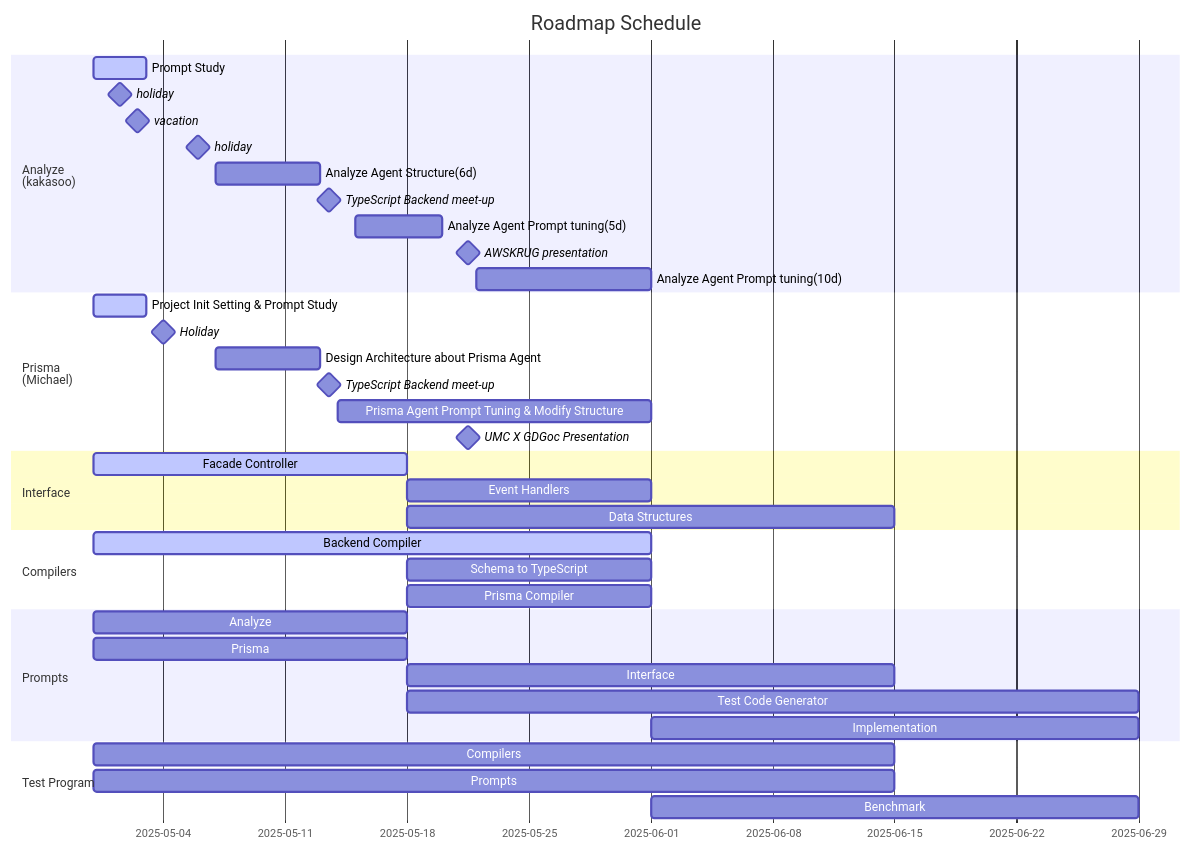
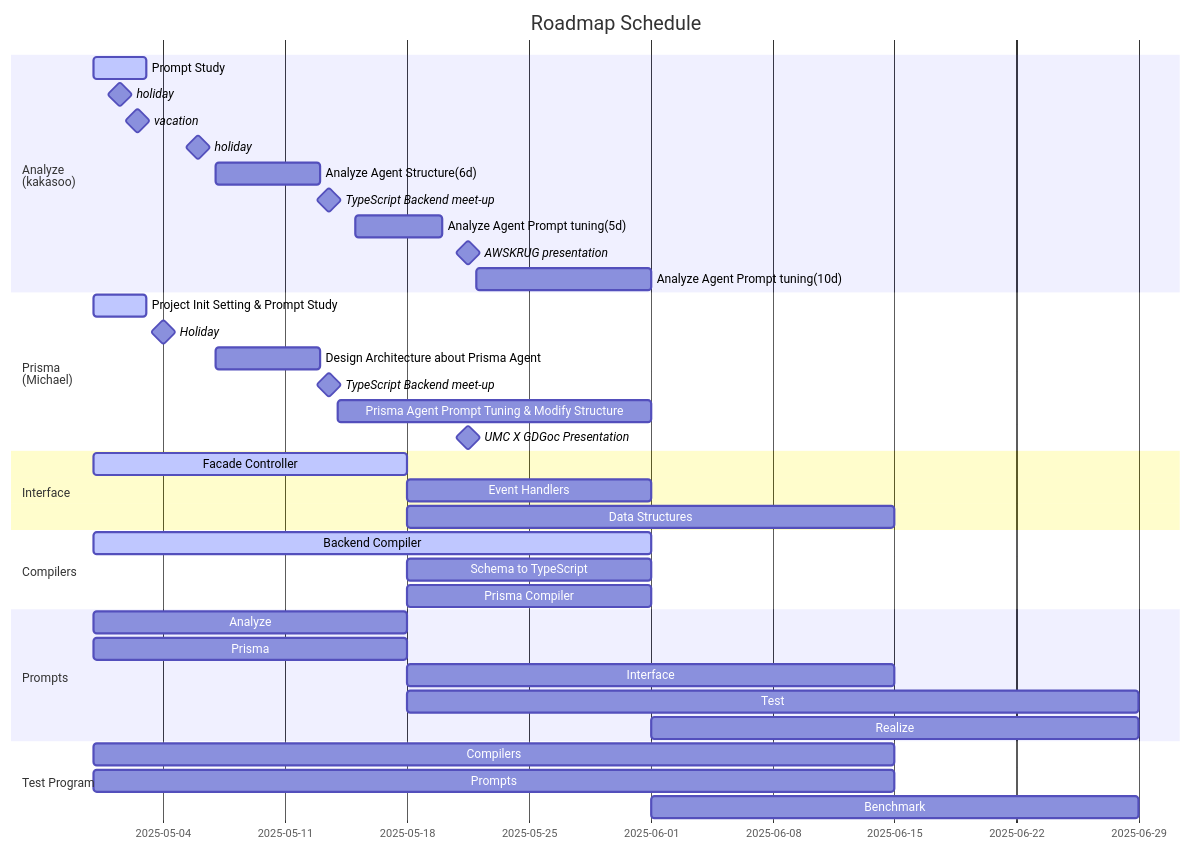
Before and after one commit to RavenView-ai/autobe: the second of 2 diagrams in README.md, drawn with Mermaid. The commit also changed other lines of this file and 40 other files, not shown here.

````diff
--- a/README.md
+++ b/README.md
@@ -259,47 +259,47 @@
 ```mermaid
 gantt
   dateFormat YYYY-MM-DD
   title Roadmap Schedule
 
   section Analyze<br>(kakasoo)
   Prompt Study: active, 2025-04-30, 3d
   holiday: milestone, 2025-05-01, 1d
   vacation: milestone, 2025-05-02, 1d
   holiday: milestone, 2025-05-05, 2d
   Analyze Agent Structure(6d):, 2025-05-07, 6d
   TypeScript Backend meet-up: milestone, 2025-05-13, 1d
   Analyze Agent Prompt tuning(5d):, 2025-05-15, 5d
   AWSKRUG presentation: milestone, 2025-05-21, 1d
   Analyze Agent Prompt tuning(10d):, 2025-05-22, 10d
 
   section Prisma<br>(Michael)
   Project Init Setting & Prompt Study: active, 2025-04-30, 3d
   Holiday: milestone, 2025-05-01, 6d
   Design Architecture about Prisma Agent: 2025-05-07, 6d
   TypeScript Backend meet-up: milestone, 2025-05-13, 1d
   Prisma Agent Prompt Tuning & Modify Structure: 2025-05-14, 18d
   UMC X GDGoc Presentation: milestone, 2025-05-21, 1d
 
   
   section Interface
   Facade Controller: active, 2025-04-30, 18d
   Event Handlers:            2025-05-18, 14d
   Data Structures:           2025-05-18, 28d
 
   section Compilers
   Backend Compiler:     active, 2025-04-30, 32d
   Schema to TypeScript:         2025-05-18, 14d
   Prisma Compiler:              2025-05-18, 14d
 
   section Prompts
-  Analyze            : 2025-04-30, 18d
-  Prisma             : 2025-04-30, 18d
-  Interface          : 2025-05-18, 28d
-  Test Code Generator: 2025-05-18, 42d
-  Implementation     : 2025-06-01, 28d
+  Analyze  : 2025-04-30, 18d
+  Prisma   : 2025-04-30, 18d
+  Interface: 2025-05-18, 28d
+  Test     : 2025-05-18, 42d
+  Realize  : 2025-06-01, 28d
 
   section Test Program
   Compilers: 2025-04-30, 46d
   Prompts:   2025-04-30, 46d
   Benchmark: 2025-06-01, 28d
 ```
````
